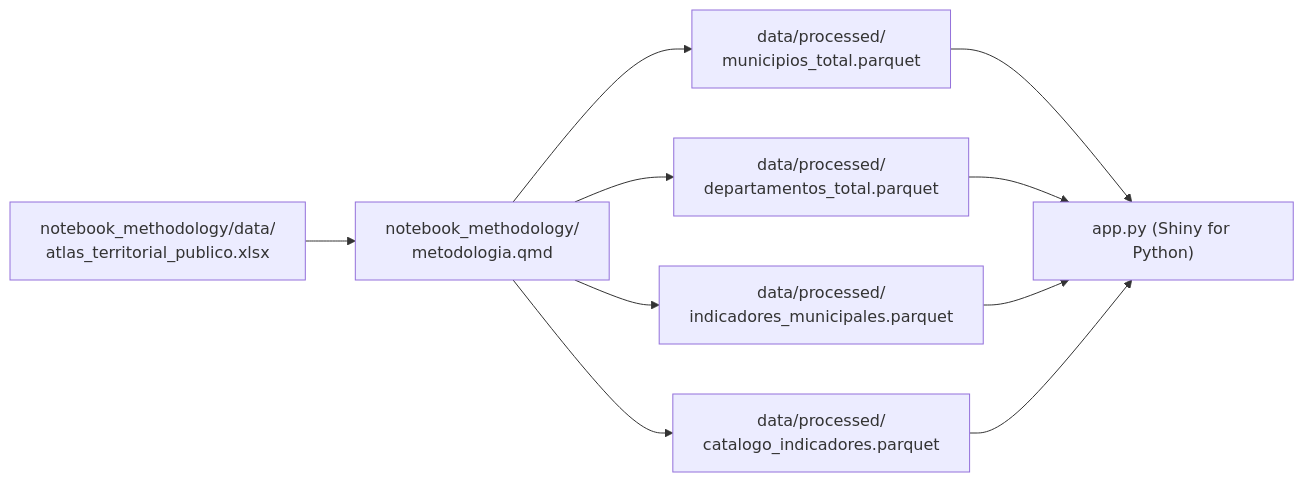
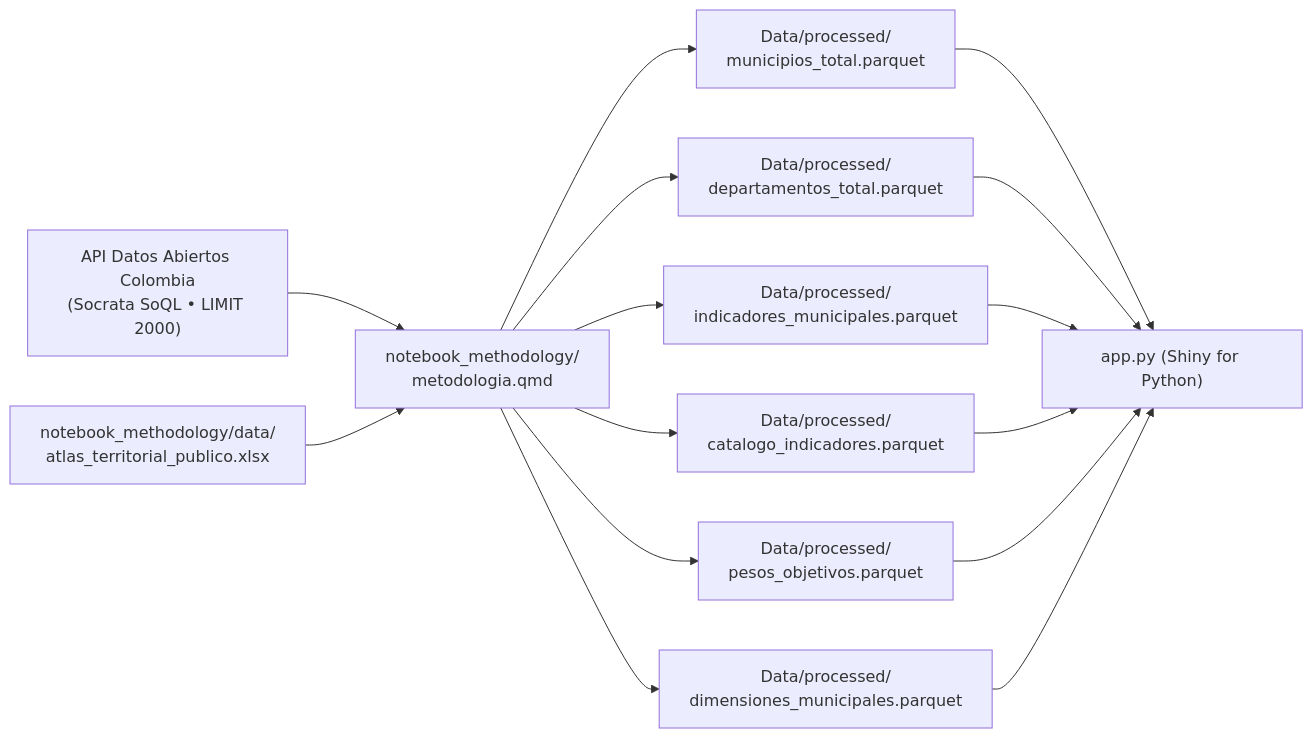
One commit to juanjo-edm/Riesgo_LAFT changed the diagram in notebook_methodology/README.md. Above: the diagram before and after it, drawn with Mermaid. The commit also changed other lines of this file and 34 other files, not shown here.

Commit message:
feat(app,docs): enfoque territorial en mapa, diseño modular y actualización de documentación

````diff
--- a/notebook_methodology/README.md
+++ b/notebook_methodology/README.md
@@ -32,9 +32,12 @@
 ```mermaid
 flowchart LR
-    A["notebook_methodology/data/<br/>atlas_territorial_publico.xlsx"] --> B["notebook_methodology/<br/>metodologia.qmd"]
-    B --> C["data/processed/<br/>municipios_total.parquet"]
-    B --> D["data/processed/<br/>departamentos_total.parquet"]
-    B --> E["data/processed/<br/>indicadores_municipales.parquet"]
-    B --> F["data/processed/<br/>catalogo_indicadores.parquet"]
-    C & D & E & F --> G["app.py (Shiny for Python)"]
+    S["API Datos Abiertos Colombia<br/>(Socrata SoQL • LIMIT 2000)"] --> B["notebook_methodology/<br/>metodologia.qmd"]
+    A["notebook_methodology/data/<br/>atlas_territorial_publico.xlsx"] --> B
+    B --> C["Data/processed/<br/>municipios_total.parquet"]
+    B --> D["Data/processed/<br/>departamentos_total.parquet"]
+    B --> E["Data/processed/<br/>indicadores_municipales.parquet"]
+    B --> F["Data/processed/<br/>catalogo_indicadores.parquet"]
+    B --> H["Data/processed/<br/>pesos_objetivos.parquet"]
+    B --> I["Data/processed/<br/>dimensiones_municipales.parquet"]
+    C & D & E & F & H & I --> G["app.py (Shiny for Python)"]
 ```
````
